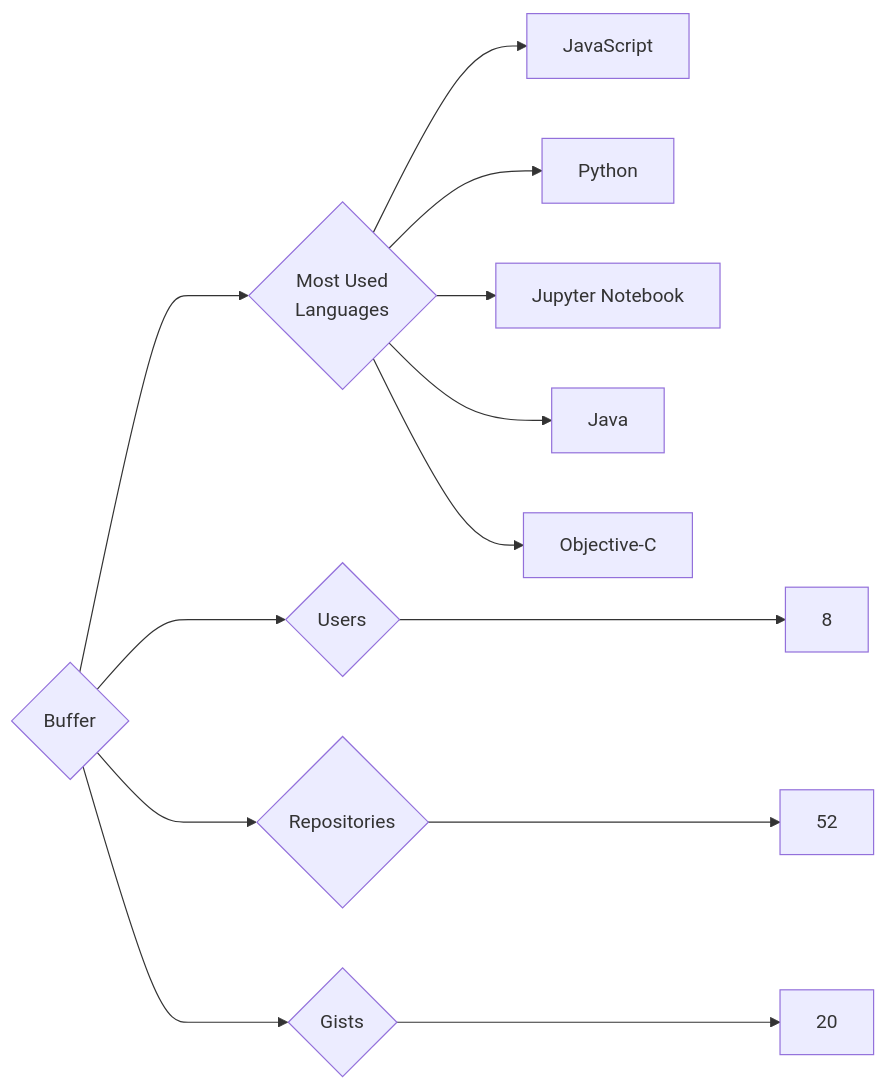
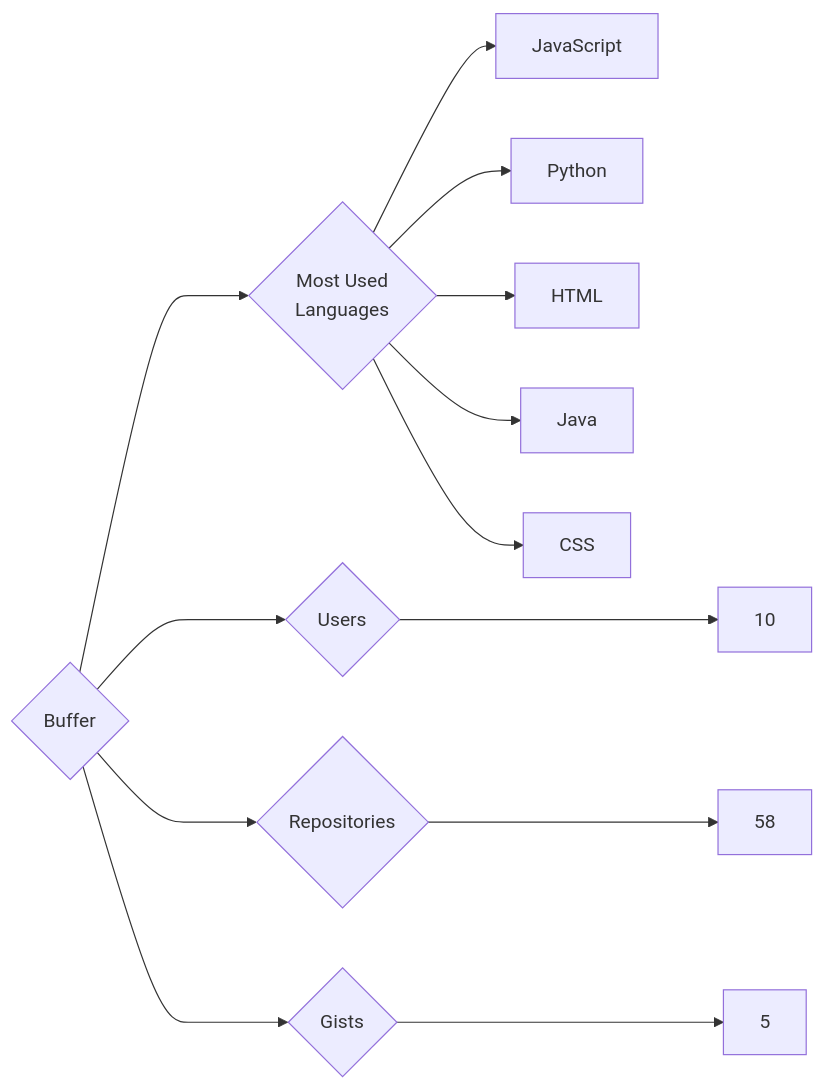
The diagram in targets/Buffer/README.md (trickest/insiders), drawn with Mermaid before and after one commit. The commit also changed 1084 other files, not shown here.

````diff
--- a/targets/Buffer/README.md
+++ b/targets/Buffer/README.md
@@ -3,13 +3,13 @@
 ```mermaid
 graph LR
 COMPANY_NAME{Buffer}
-COMPANY_NAME ---> U{Users} ---> UN[8]
-COMPANY_NAME ---> R{Repositories} ---> RN[52]
-COMPANY_NAME ---> G{Gists} ---> GN[20]
+COMPANY_NAME ---> U{Users} ---> UN[10]
+COMPANY_NAME ---> R{Repositories} ---> RN[58]
+COMPANY_NAME ---> G{Gists} ---> GN[5]
 COMPANY_NAME ---> ML{Most Used<br>Languages}
 ML --> JavaScript[JavaScript]
 ML --> Python[Python]
-ML --> Jupyter_Notebook[Jupyter Notebook]
+ML --> HTML[HTML]
 ML --> Java[Java]
-ML --> Objective-C[Objective-C]
+ML --> CSS[CSS]
 ```
````
